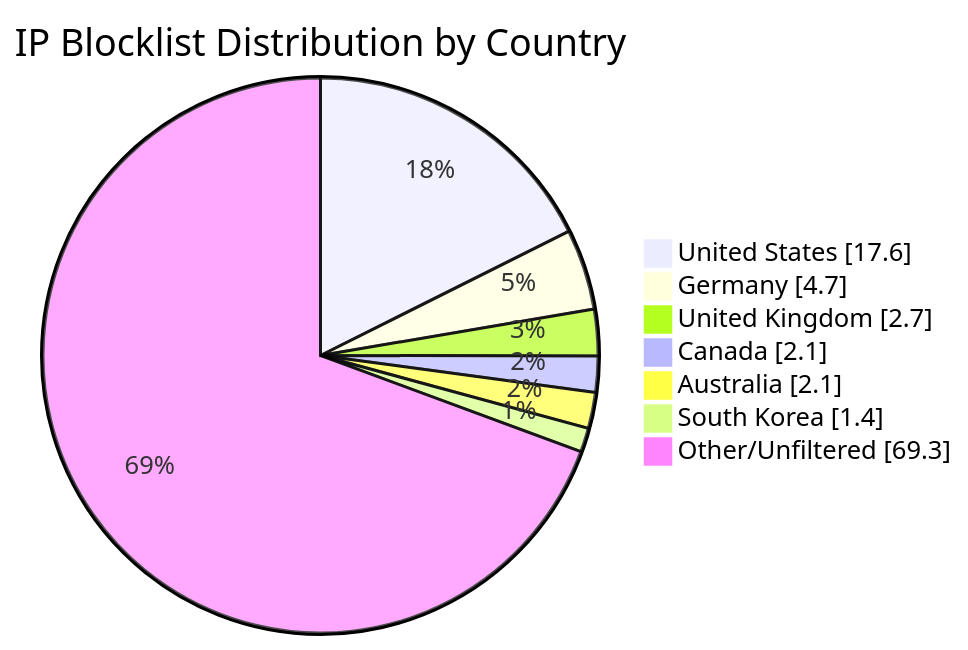
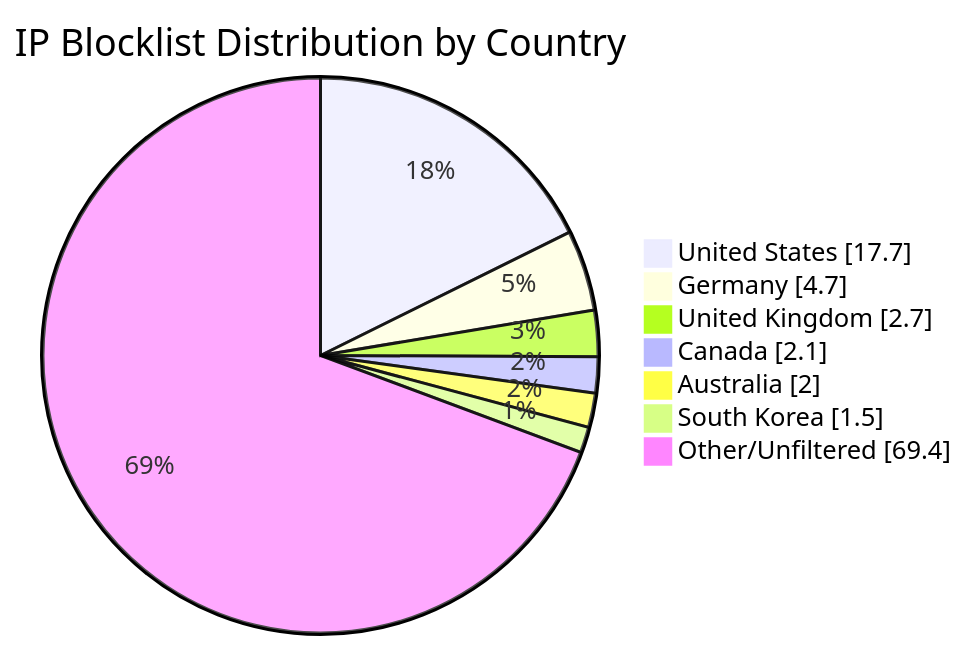
The diagram in README.md (MarcusHoltz/ipblocklist-geofiltered-aggregator), drawn with Mermaid before and after one commit. The commit also changed other lines of this file and 9 other files, not shown here.

````diff
--- a/README.md
+++ b/README.md
@@ -34,10 +34,10 @@
 ```mermaid
 pie showData title IP Blocklist Distribution by Country
-"United States" : 17.6
+"United States" : 17.7
 "Germany" : 4.7
 "United Kingdom" : 2.7
 "Canada" : 2.1
-"Australia" : 2.1
-"South Korea" : 1.4
-"Other/Unfiltered" : 69.3
+"Australia" : 2.0
+"South Korea" : 1.5
+"Other/Unfiltered" : 69.4
 ```
````
